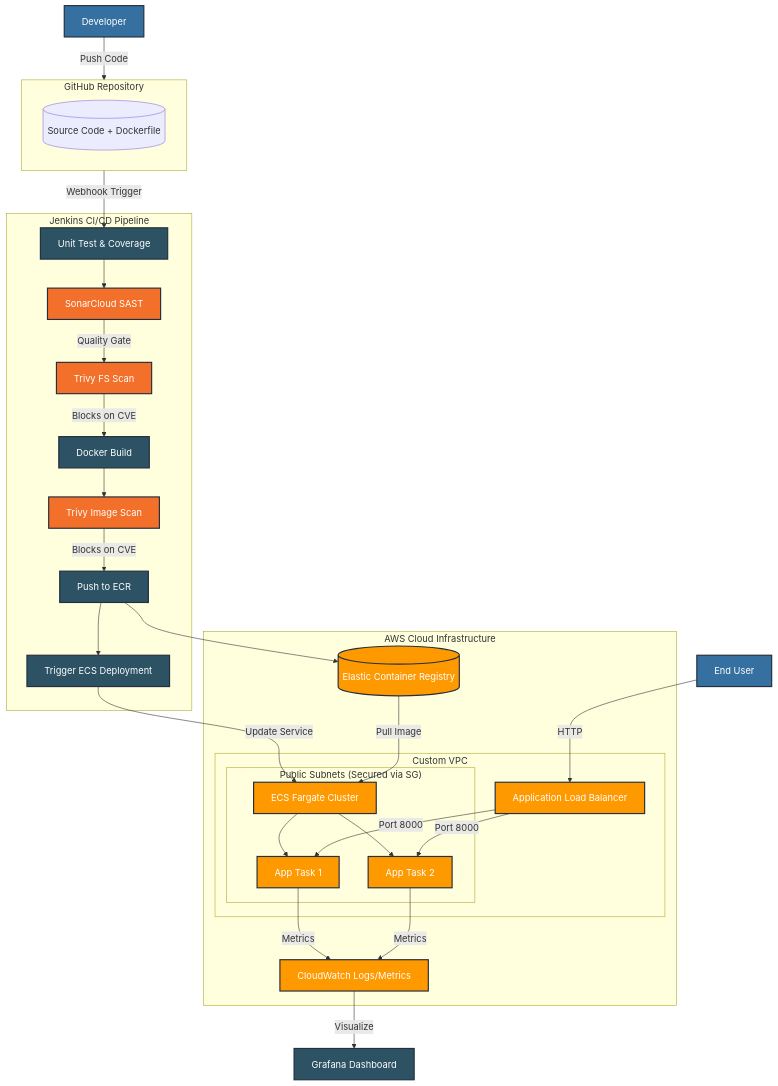
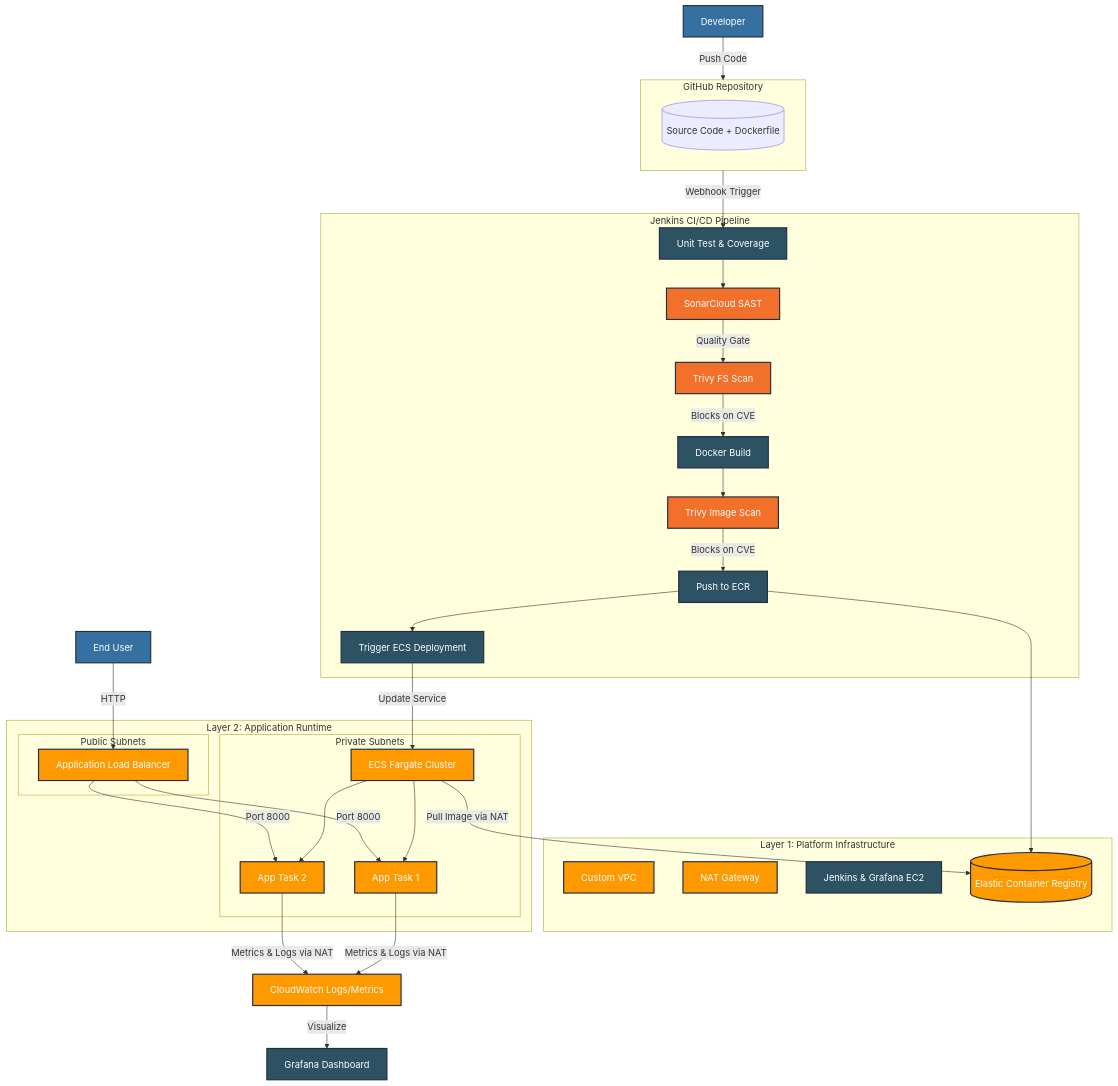
The diagram in README.md (TanyaRoy1708/ecs-deployment-devopstoolbox), drawn with Mermaid before and after one commit. The commit also changed other lines of this file, not shown here.

Commit message:
docs: update README with two-layer architecture, private subnets, and native S3 locking

````diff
--- a/README.md
+++ b/README.md
@@ -18,73 +18,77 @@
 ```mermaid
 flowchart TD
     %% Define Styles
     classDef aws fill:#FF9900,stroke:#232F3E,stroke-width:2px,color:white;
     classDef devops fill:#2C5263,stroke:#232F3E,stroke-width:2px,color:white;
     classDef security fill:#F3702A,stroke:#232F3E,stroke-width:2px,color:white;
     classDef user fill:#3670A0,stroke:#232F3E,stroke-width:2px,color:white;
 
     %% Actors
     Dev[Developer]:::user
     EndUser[End User]:::user
 
     %% Source Control
     subgraph GitHub [GitHub Repository]
         Code[(Source Code + Dockerfile)]
     end
 
+    %% Platform Foundation
+    subgraph Platform [Layer 1: Platform Infrastructure]
+        VPC[Custom VPC]:::aws
+        NAT[NAT Gateway]:::aws
+        Jenkins[Jenkins & Grafana EC2]:::devops
+        ECR[(Elastic Container Registry)]:::aws
+    end
+
     %% CI/CD Pipeline
     subgraph Pipeline [Jenkins CI/CD Pipeline]
         Build[Unit Test & Coverage]:::devops
         Sonar[SonarCloud SAST]:::security
         TrivyFS[Trivy FS Scan]:::security
         DockerBuild[Docker Build]:::devops
         TrivyImage[Trivy Image Scan]:::security
         Push[Push to ECR]:::devops
         Deploy[Trigger ECS Deployment]:::devops
     end
 
-    %% AWS Infrastructure
-    subgraph AWS [AWS Cloud Infrastructure]
-        ECR[(Elastic Container Registry)]:::aws
-        
-        subgraph VPC [Custom VPC]
+    %% Application Runtime
+    subgraph AppRuntime [Layer 2: Application Runtime]
+        subgraph PublicSubnets [Public Subnets]
             ALB[Application Load Balancer]:::aws
-            
-            subgraph Public Subnets ["Public Subnets (Secured via SG)"]
-                ECS[ECS Fargate Cluster]:::aws
-                Task1[App Task 1]:::aws
-                Task2[App Task 2]:::aws
-                ECS --> Task1
-                ECS --> Task2
-            end
         end
-        
-        CW[CloudWatch Logs/Metrics]:::aws
+
+        subgraph PrivateSubnets [Private Subnets]
+            ECS[ECS Fargate Cluster]:::aws
+            Task1[App Task 1]:::aws
+            Task2[App Task 2]:::aws
+            ECS --> Task1
+            ECS --> Task2
+        end
     end
 
-    %% Observability
+    CW[CloudWatch Logs/Metrics]:::aws
     Grafana[Grafana Dashboard]:::devops
 
     %% Flows
     Dev -->|Push Code| GitHub
     GitHub -->|Webhook Trigger| Build
     
     Build --> Sonar
     Sonar -->|Quality Gate| TrivyFS
     TrivyFS -->|Blocks on CVE| DockerBuild
     DockerBuild --> TrivyImage
     TrivyImage -->|Blocks on CVE| Push
     Push --> ECR
     Push --> Deploy
     
     Deploy -->|Update Service| ECS
-    ECR -->|Pull Image| ECS
+    ECS -->|Pull Image via NAT| ECR
     
     EndUser -->|HTTP| ALB
     ALB -->|Port 8000| Task1
     ALB -->|Port 8000| Task2
     
-    Task1 -->|Metrics| CW
-    Task2 -->|Metrics| CW
+    Task1 -->|Metrics & Logs via NAT| CW
+    Task2 -->|Metrics & Logs via NAT| CW
     CW -->|Visualize| Grafana
 ```
````
